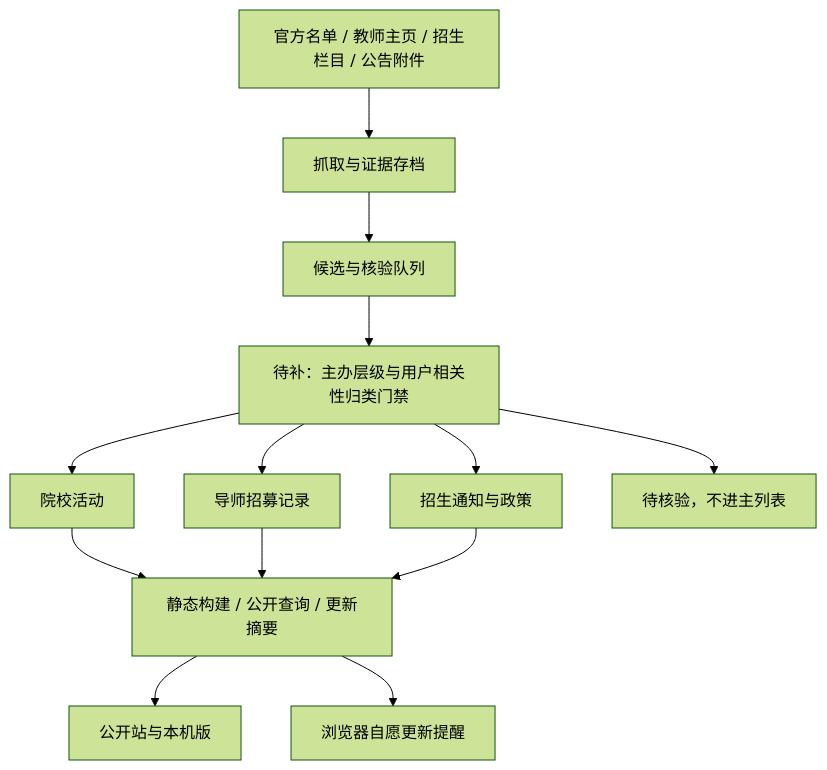
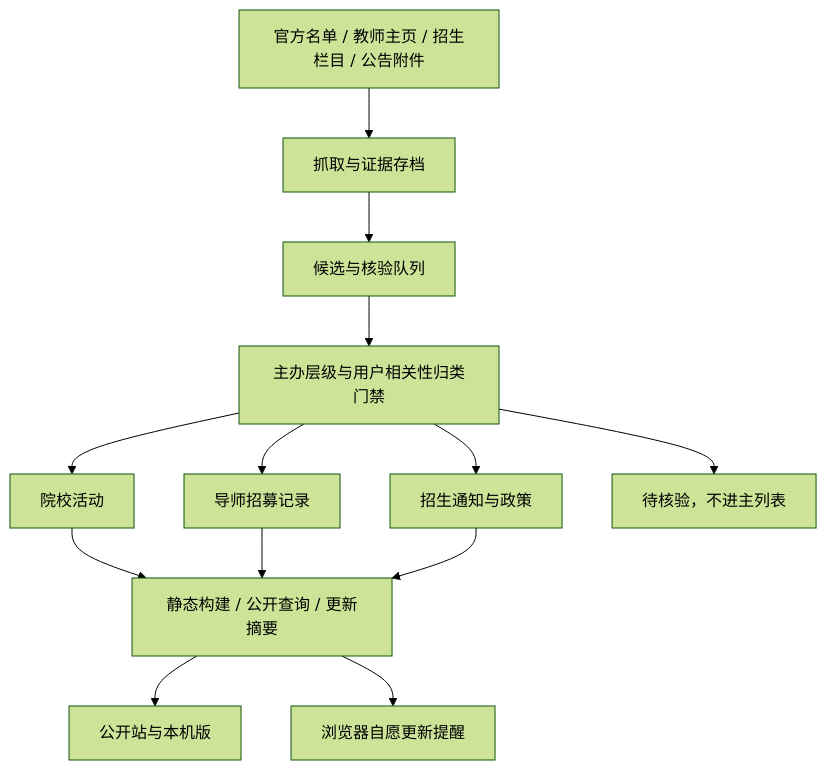
One commit to kanosa0101/Mentor-Research-and-Analysis-Tool changed the second of 2 diagrams in PROJECT_MAP.md. Above: the diagram before and after it, drawn with Mermaid (forest theme). The commit also changed other lines of this file and 4 other files, not shown here.

````diff
--- a/PROJECT_MAP.md
+++ b/PROJECT_MAP.md
@@ -58,15 +58,15 @@
 ```mermaid
 flowchart TD
   S[官方名单 / 教师主页 / 招生栏目 / 公告附件] --> C[抓取与证据存档]
   C --> Q[候选与核验队列]
-  Q --> G[待补：主办层级与用户相关性归类门禁]
+  Q --> G[主办层级与用户相关性归类门禁]
   G --> E[院校活动]
   G --> M[导师招募记录]
   G --> N[招生通知与政策]
   G --> H[待核验，不进主列表]
   E --> B[静态构建 / 公开查询 / 更新摘要]
   M --> B
   N --> B
   B --> W[公开站与本机版]
   B --> P[浏览器自愿更新提醒]
 ```
````
